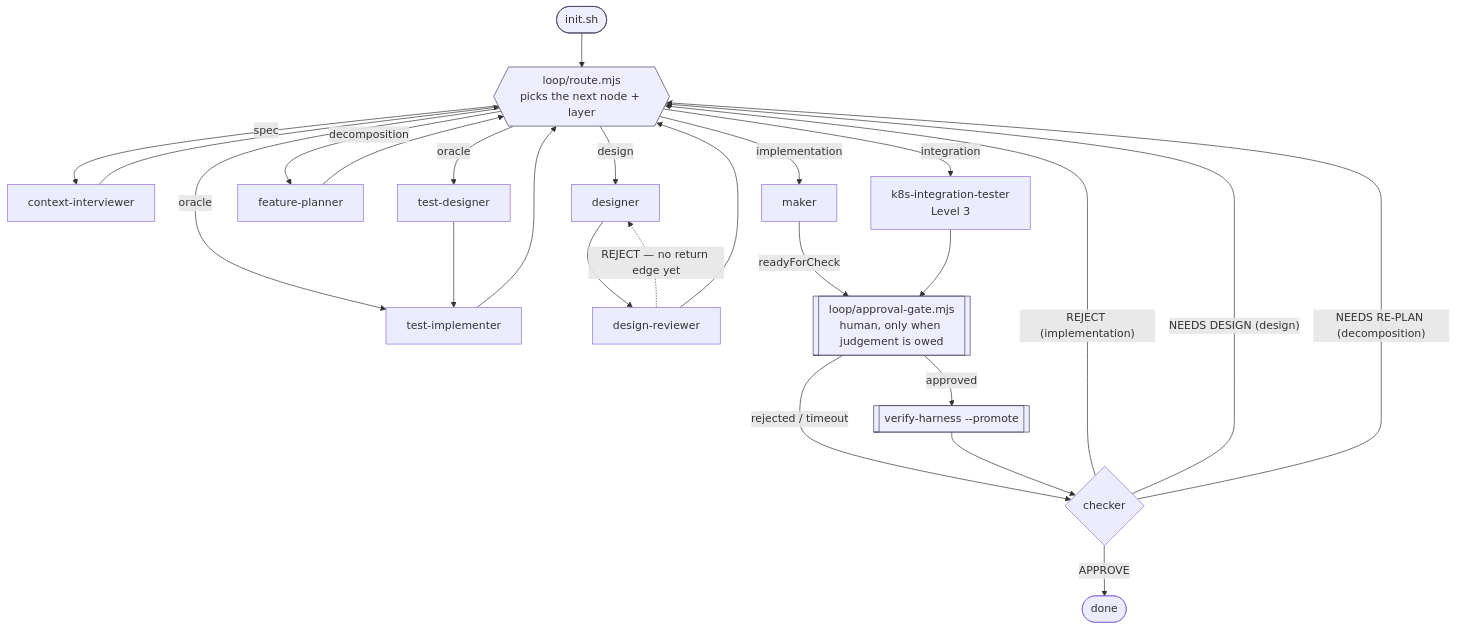
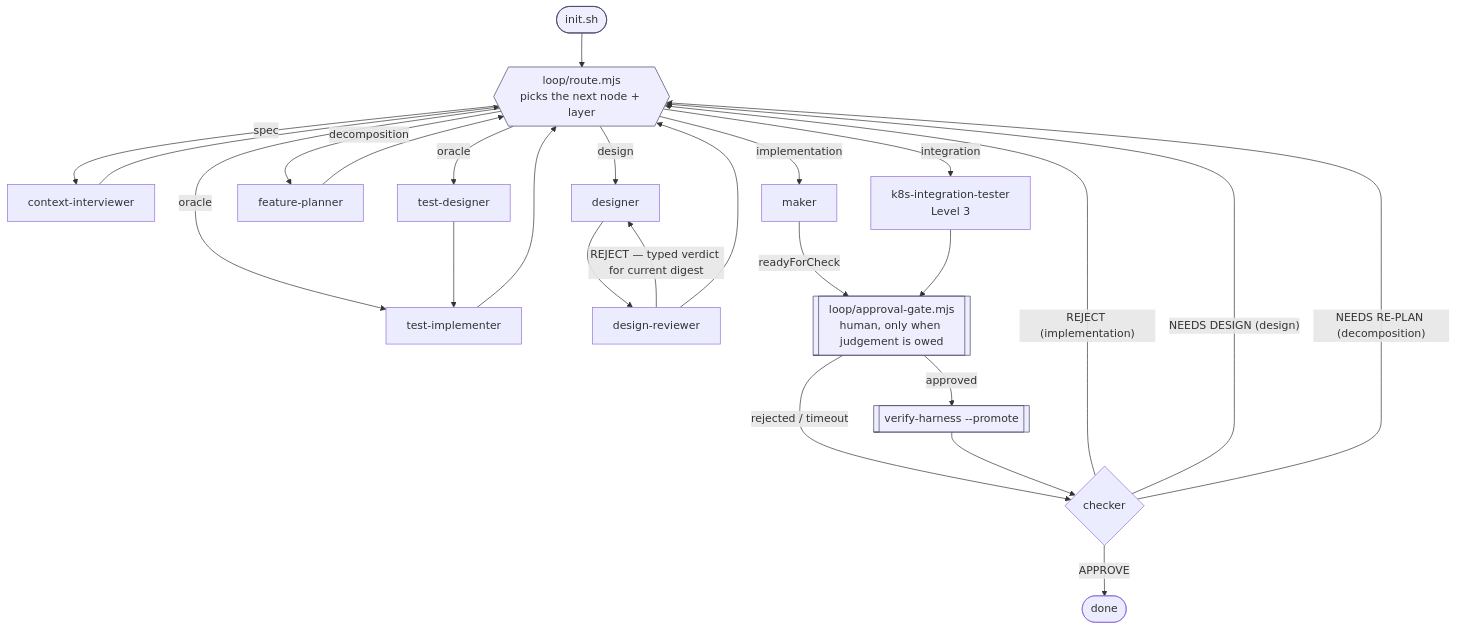
One commit to truonghedspi/harness changed the diagram in harness-loop/references/graph.md. Above: the diagram before and after it, drawn with Mermaid. The commit also changed other lines of this file and 15 other files, not shown here.

````diff
--- a/harness-loop/references/graph.md
+++ b/harness-loop/references/graph.md
@@ -119,29 +123,29 @@
 ```mermaid
 flowchart TD
   I([init.sh]) --> R{{"loop/route.mjs<br/>picks the next node + layer"}}
   R -->|spec| CI[context-interviewer]
   R -->|design| D[designer]
   R -->|decomposition| FP[feature-planner]
   R -->|oracle| TD[test-designer]
   R -->|oracle| TI[test-implementer]
   R -->|integration| K["k8s-integration-tester<br/>Level 3"]
   R -->|implementation| M[maker]
   CI --> R
   D --> DR[design-reviewer]
-  DR -.->|"REJECT — no return edge yet"| D
+  DR -->|"REJECT — typed verdict for current digest"| D
   DR --> R
   FP --> R
   TD --> TI
   TI --> R
   M -->|readyForCheck| A[["loop/approval-gate.mjs<br/>human, only when judgement is owed"]]
   K --> A
   A -->|approved| P[["verify-harness --promote"]]
   A -->|rejected / timeout| C
   P --> C{checker}
   C -->|APPROVE| DONE([done])
   C -->|"REJECT (implementation)"| R
   C -->|"NEEDS DESIGN (design)"| R
   C -->|"NEEDS RE-PLAN (decomposition)"| R
   classDef code fill:#eef,stroke:#446
   class I,R,A,P code
 ```
````
